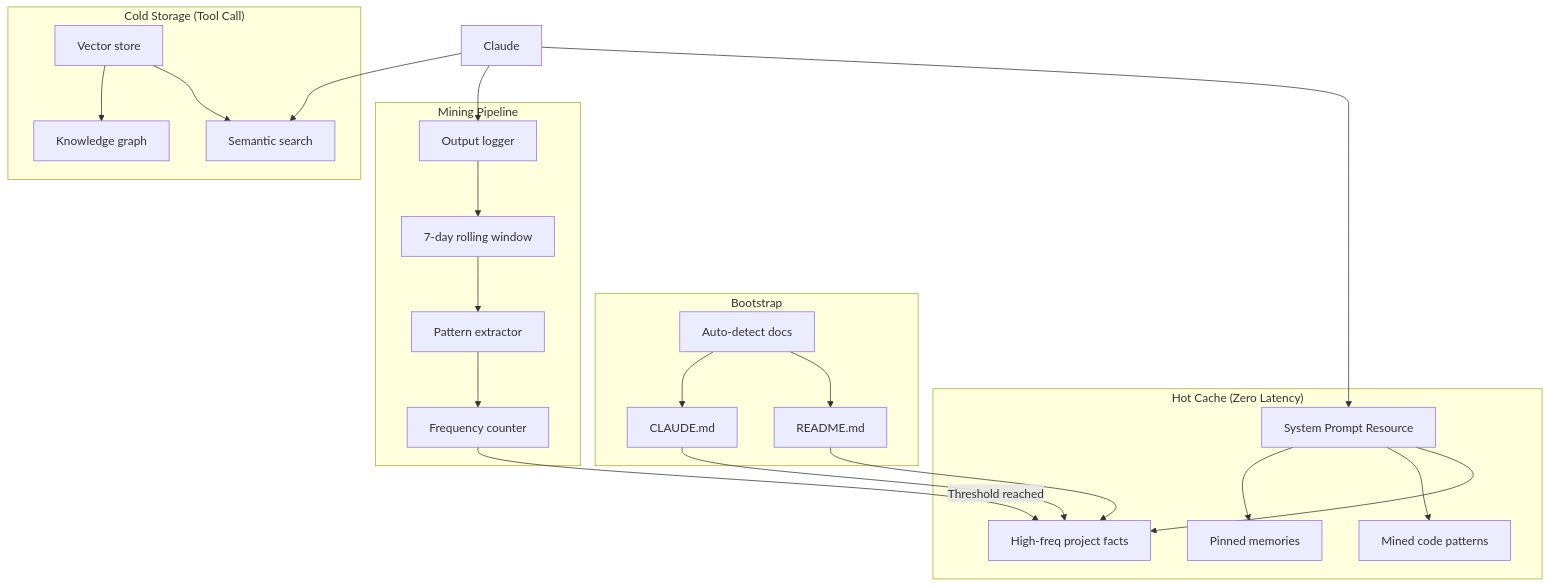
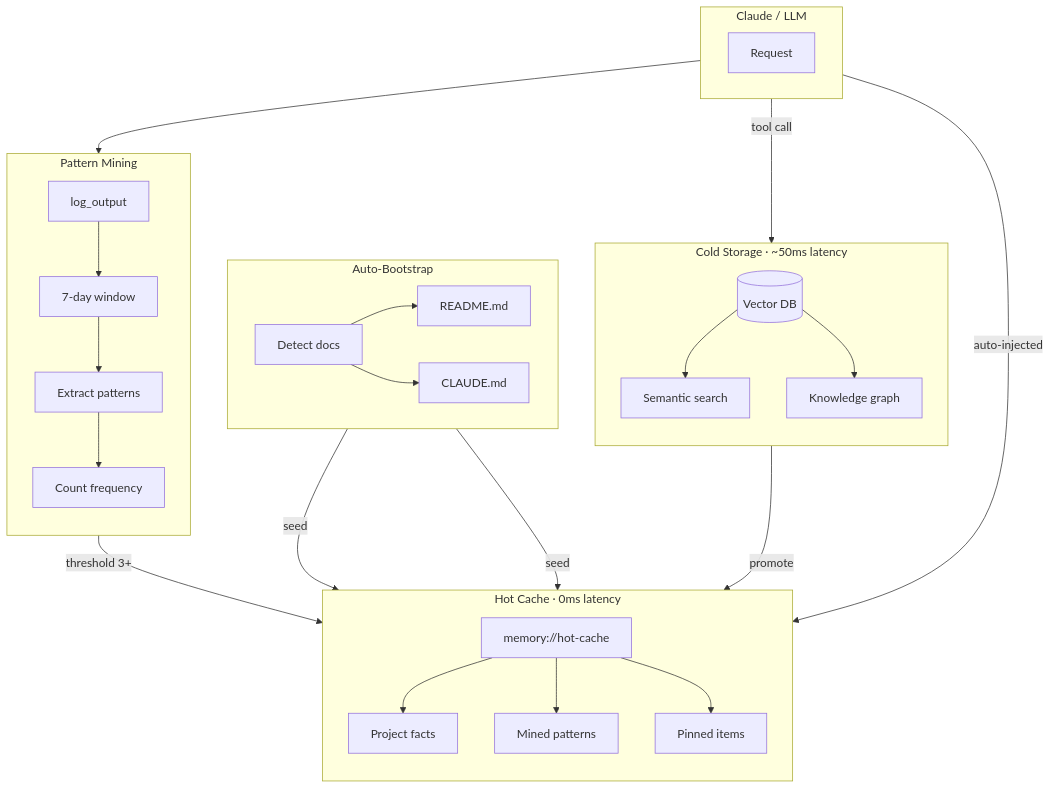
One commit to michael-denyer/memory-mcp changed the diagram in README.md. Above: the diagram before and after it, drawn with Mermaid. The commit also changed 4 other files, not shown here.

````diff
--- a/README.md
+++ b/README.md
@@ -47,31 +47,42 @@
 ```mermaid
-graph TD
-    subgraph "Hot Cache (Zero Latency)"
-        H[System Prompt Resource] --> A[High-freq project facts]
-        H --> B[Mined code patterns]
-        H --> P[Pinned memories]
+graph TB
+    subgraph Claude["Claude / LLM"]
+        direction LR
+        REQ[Request]
     end
 
-    subgraph "Cold Storage (Tool Call)"
-        C[Vector store] --> D[Semantic search]
-        C --> K[Knowledge graph]
+    subgraph HotTier["Hot Cache · 0ms latency"]
+        direction TB
+        RES[memory://hot-cache]
+        RES --> PROJ[Project facts]
+        RES --> PAT[Mined patterns]
+        RES --> PIN[Pinned items]
     end
 
-    subgraph "Bootstrap"
-        BOOT[Auto-detect docs] --> README[README.md]
-        BOOT --> CLAUDE[CLAUDE.md]
-        README --> A
-        CLAUDE --> A
+    subgraph ColdTier["Cold Storage · ~50ms latency"]
+        direction TB
+        VEC[(Vector DB)]
+        VEC --> SEM[Semantic search]
+        VEC --> KG[Knowledge graph]
     end
 
-    subgraph "Mining Pipeline"
-        F[Output logger] --> G[7-day rolling window]
-        G --> I[Pattern extractor]
-        I --> J[Frequency counter]
-        J -->|Threshold reached| A
+    subgraph Bootstrap["Auto-Bootstrap"]
+        direction LR
+        DETECT[Detect docs] --> MD1[README.md]
+        DETECT --> MD2[CLAUDE.md]
     end
 
-    Claude --> H
-    Claude --> D
-    Claude --> F
+    subgraph Mining["Pattern Mining"]
+        direction TB
+        LOG[log_output] --> WINDOW[7-day window]
+        WINDOW --> EXTRACT[Extract patterns]
+        EXTRACT --> FREQ[Count frequency]
+    end
+
+    REQ -->|auto-injected| RES
+    REQ -->|tool call| SEM
+    REQ --> LOG
+    MD1 & MD2 -->|seed| PROJ
+    FREQ -->|threshold 3+| PAT
+    SEM -->|promote| PROJ
 ```
````
